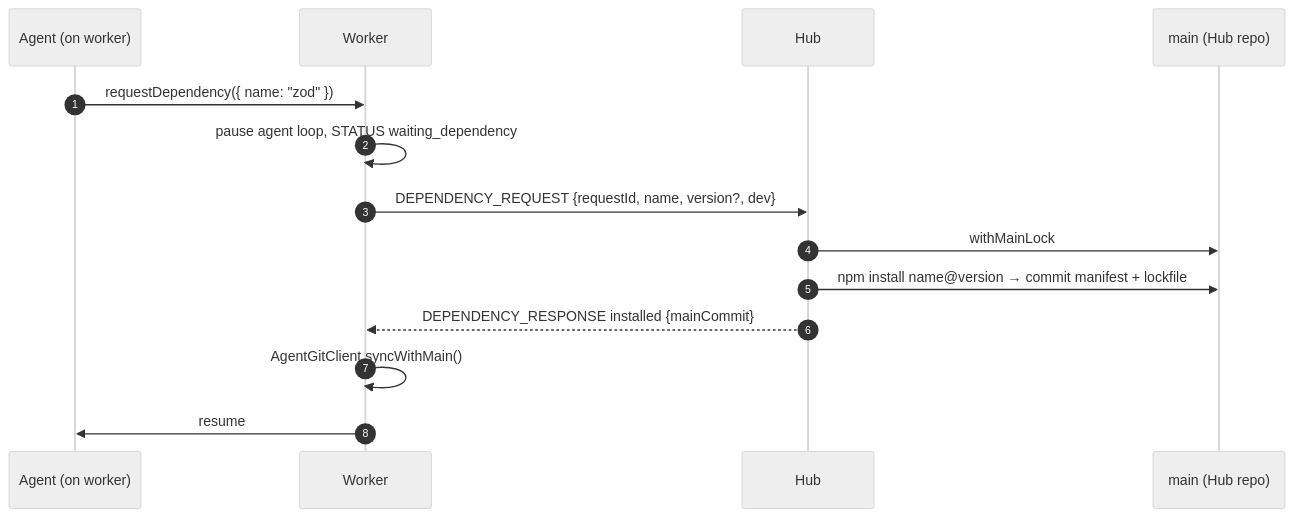
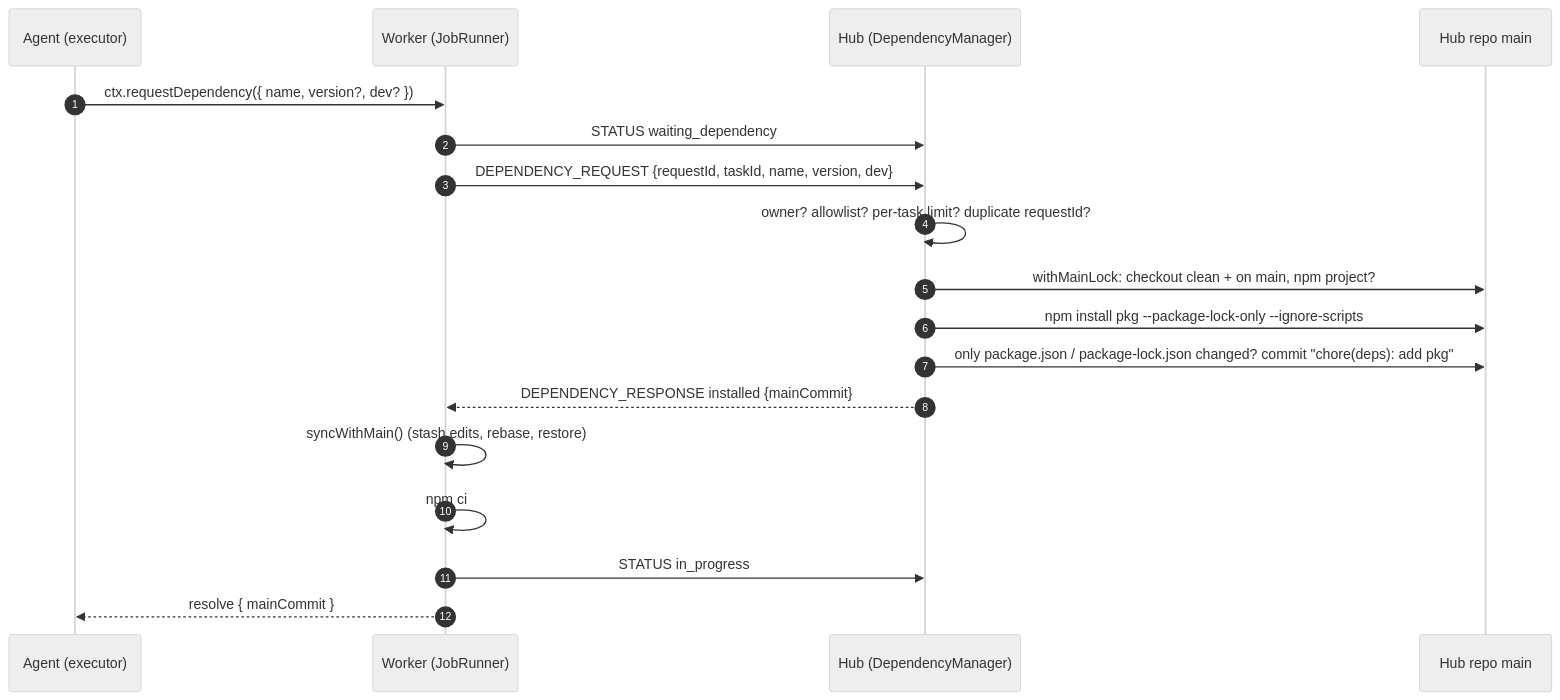
Before and after one commit to Sys64k/ai-swarm-orchestrator: the tenth of 10 diagrams in ARCHITECTURE.md, drawn with Mermaid (neutral theme). The commit also changed other lines of this file and 13 other files, not shown here.

First line of the commit message:
Phase 4: dependency requests via the Hub

````diff
--- a/ARCHITECTURE.md
+++ b/ARCHITECTURE.md
@@ -492,17 +496,21 @@
 ```mermaid
 sequenceDiagram
   autonumber
-  participant Ag as Agent (on worker)
-  participant W as Worker
-  participant H as Hub
-  participant M as main (Hub repo)
+  participant Ag as Agent (executor)
+  participant W as Worker (JobRunner)
+  participant H as Hub (DependencyManager)
+  participant M as Hub repo main
 
-  Ag->>W: requestDependency({ name: "zod" })
-  W->>W: pause agent loop, STATUS waiting_dependency
-  W->>H: DEPENDENCY_REQUEST {requestId, name, version?, dev}
-  H->>M: withMainLock
-  H->>M: npm install name@version → commit manifest + lockfile
+  Ag->>W: ctx.requestDependency({ name, version?, dev? })
+  W->>H: STATUS waiting_dependency
+  W->>H: DEPENDENCY_REQUEST {requestId, taskId, name, version, dev}
+  H->>H: owner? allowlist? per-task limit? duplicate requestId?
+  H->>M: withMainLock: checkout clean + on main, npm project?
+  H->>M: npm install pkg --package-lock-only --ignore-scripts
+  H->>M: only package.json / package-lock.json changed? commit "chore(deps): add pkg"
   H-->>W: DEPENDENCY_RESPONSE installed {mainCommit}
-  W->>W: AgentGitClient.syncWithMain()
-  W->>Ag: resume
+  W->>W: syncWithMain() (stash edits, rebase, restore)
+  W->>W: npm ci
+  W->>H: STATUS in_progress
+  W-->>Ag: resolve { mainCommit }
 ```
````
